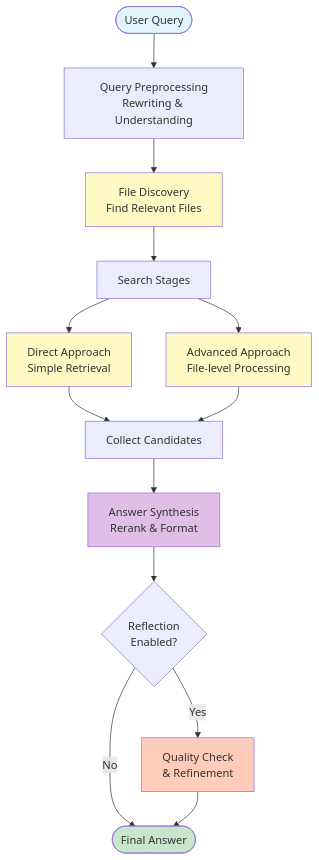
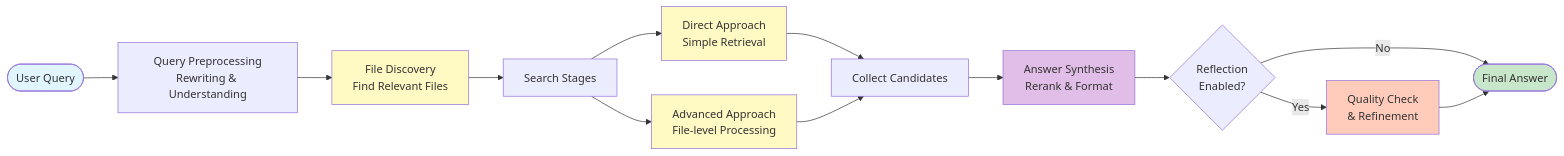
One commit to egpivo/kb-bridge changed the diagram in README.md. Above: the diagram before and after it, drawn with Mermaid.

Commit message:
docs: change mermaid diagram to left-to-right layout

````diff
--- a/README.md
+++ b/README.md
@@ -87,29 +87,29 @@
 ```mermaid
-flowchart TD
+flowchart LR
     Start([User Query]) --> Preprocess[Query Preprocessing<br/>Rewriting & Understanding]
 
     Preprocess --> FileDiscovery[File Discovery<br/>Find Relevant Files]
 
     FileDiscovery --> Search[Search Stages]
 
     Search --> Direct[Direct Approach<br/>Simple Retrieval]
     Search --> Advanced[Advanced Approach<br/>File-level Processing]
 
     Direct --> Candidates
     Advanced --> Candidates[Collect Candidates]
 
     Candidates --> Synthesis[Answer Synthesis<br/>Rerank & Format]
 
     Synthesis --> Reflection{Reflection<br/>Enabled?}
     Reflection -->|Yes| Reflect[Quality Check<br/>& Refinement]
     Reflection -->|No| Final
     Reflect --> Final([Final Answer])
 
     style Start fill:#e1f5ff
     style Final fill:#c8e6c9
     style FileDiscovery fill:#fff9c4
     style Direct fill:#fff9c4
     style Advanced fill:#fff9c4
     style Reflect fill:#ffccbc
     style Synthesis fill:#e1bee7
 ```
````
